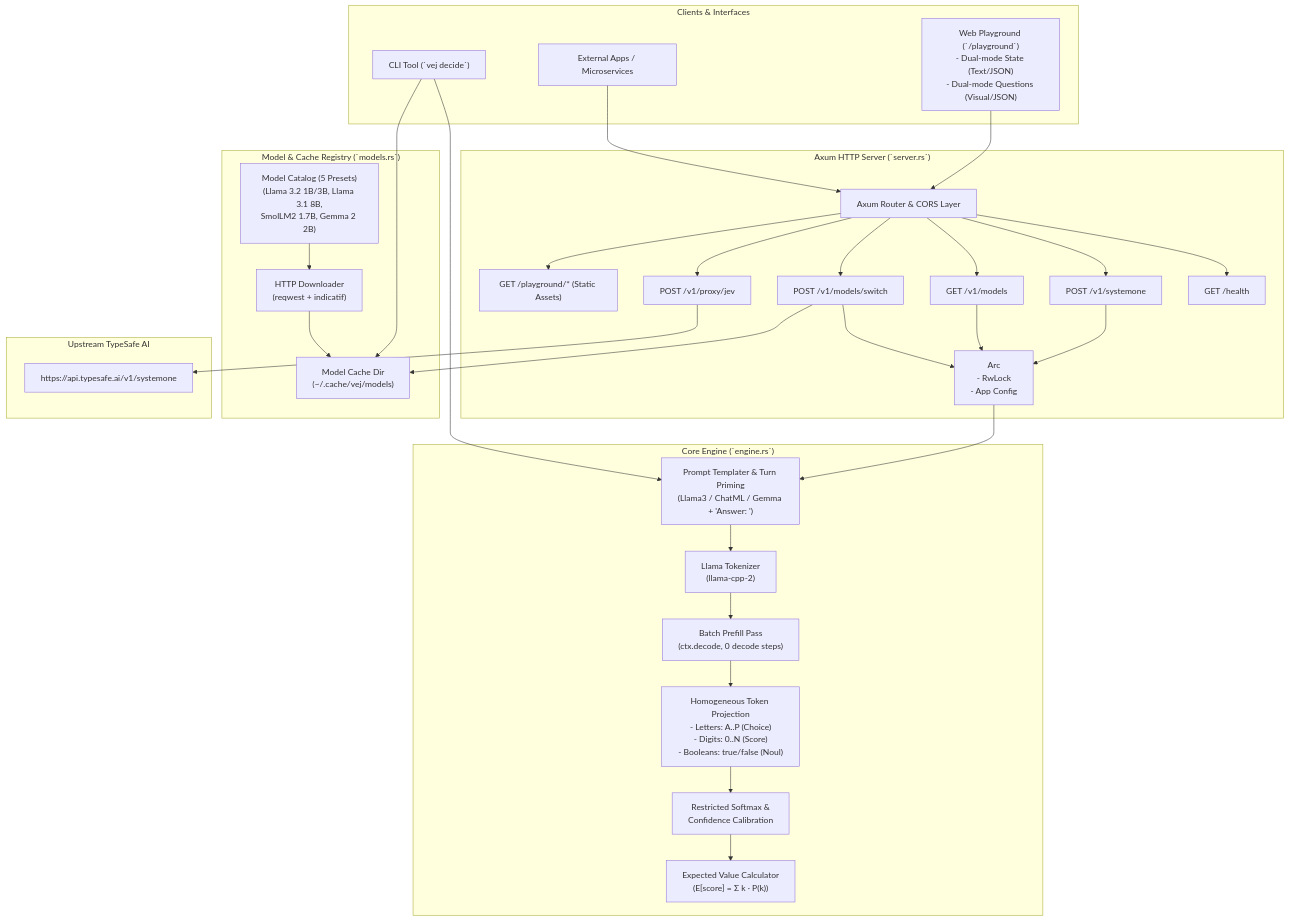
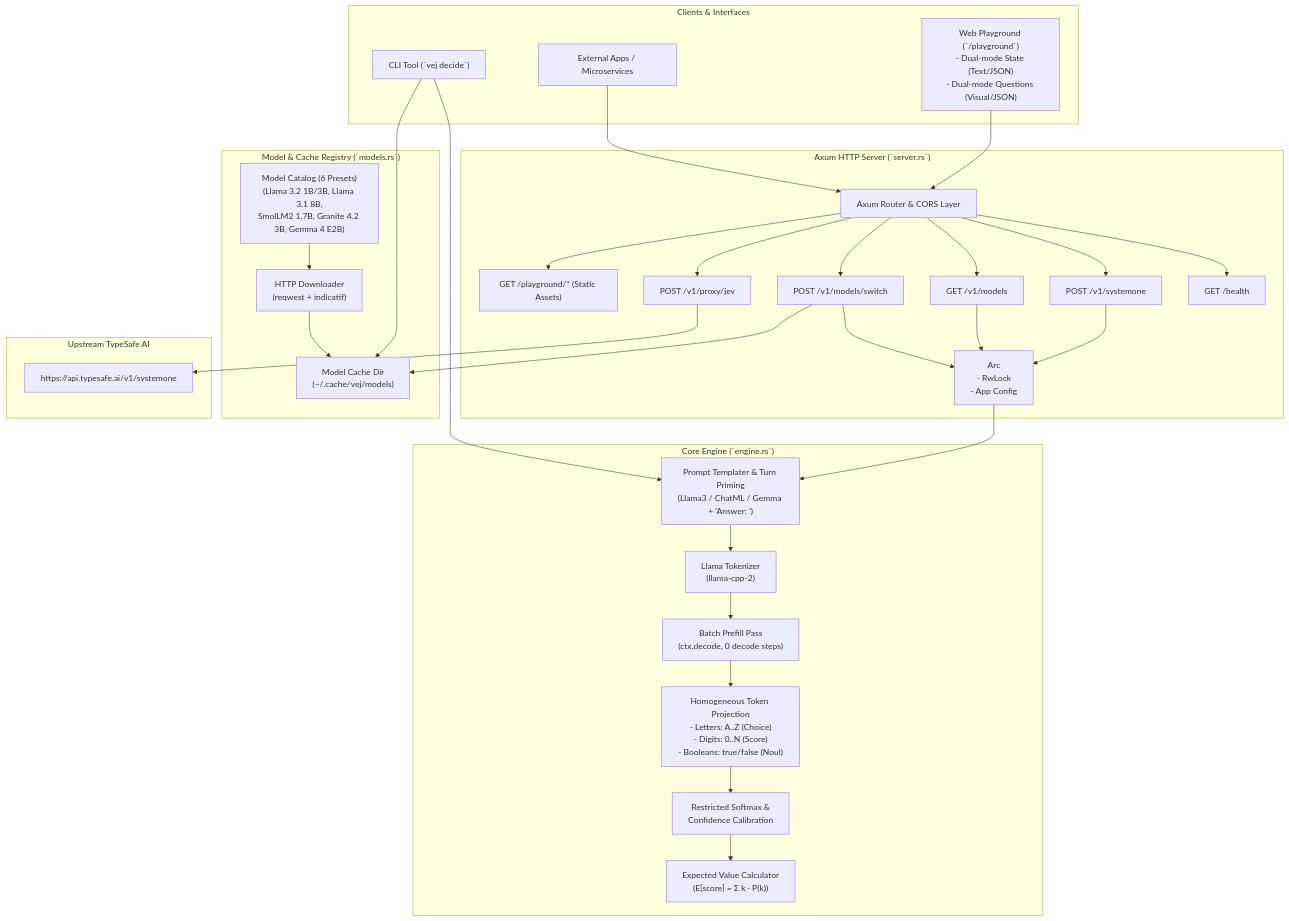
Before and after one commit to moscait/vej: the first of 8 diagrams in LOGIC.md, drawn with Mermaid. The commit also changed other lines of this file and 1 other file, not shown here.

Commit message:
docs: explain how a decision is made and stop calling probabilities calibrated
Add a "How a Decision Is Made" section to the README covering prompt
labelling, the single prefill pass, restricted softmax over label tokens,
what the probabilities do and don't mean, and good fits and limits. Link
LOGIC.md from it.

Replace "calibrated" wording with "normalized" in the README and LOGIC.md,
phrase claims about hosted Jev as observations, rerun the flat-choices
example on the current build (the old sample showed a misrouted answer),
and fix stale details (A..Z letters, 6-model catalog, latency note).

````diff
--- a/LOGIC.md
+++ b/LOGIC.md
@@ -16,63 +16,63 @@
 ```mermaid
 graph TD
     subgraph Clients["Clients & Interfaces"]
         CLI["CLI Tool (`vej decide`)"]
         HTTP_Client["External Apps / Microservices"]
         Playground["Web Playground (`/playground`)\n- Dual-mode State (Text/JSON)\n- Dual-mode Questions (Visual/JSON)"]
     end
 
     subgraph ServerLayer["Axum HTTP Server (`server.rs`)"]
         Router["Axum Router & CORS Layer"]
         HealthH["GET /health"]
         DecideH["POST /v1/systemone"]
         ModelsH["GET /v1/models"]
         SwitchH["POST /v1/models/switch"]
         ProxyH["POST /v1/proxy/jev"]
         StaticH["GET /playground/* (Static Assets)"]
         State["Arc<ServerState>\n- RwLock<DecisionEngine>\n- App Config"]
     end
 
     subgraph EngineLayer["Core Engine (`engine.rs`)"]
         FormatPrompt["Prompt Templater & Turn Priming\n(Llama3 / ChatML / Gemma + 'Answer: ')"]
         Tokenizer["Llama Tokenizer\n(llama-cpp-2)"]
         PrefillBatch["Batch Prefill Pass\n(ctx.decode, 0 decode steps)"]
-        LogitFilter["Homogeneous Token Projection\n- Letters: A..P (Choice)\n- Digits: 0..N (Score)\n- Booleans: true/false (Noul)"]
+        LogitFilter["Homogeneous Token Projection\n- Letters: A..Z (Choice)\n- Digits: 0..N (Score)\n- Booleans: true/false (Noul)"]
         Softmax["Restricted Softmax &\nConfidence Calibration"]
         Scorer["Expected Value Calculator\n(E[score] = Σ k · P(k))"]
     end
 
     subgraph StorageLayer["Model & Cache Registry (`models.rs`)"]
         CacheDir["Model Cache Dir\n(~/.cache/vej/models)"]
-        ModelCatalog["Model Catalog (5 Presets)\n(Llama 3.2 1B/3B, Llama 3.1 8B,\nSmolLM2 1.7B, Gemma 2 2B)"]
+        ModelCatalog["Model Catalog (6 Presets)\n(Llama 3.2 1B/3B, Llama 3.1 8B,\nSmolLM2 1.7B, Granite 4.2 3B, Gemma 4 E2B)"]
         Downloader["HTTP Downloader\n(reqwest + indicatif)"]
     end
 
     subgraph Upstream["Upstream TypeSafe AI"]
         JevCloud["https://api.typesafe.ai/v1/systemone"]
     end
 
     CLI --> FormatPrompt
     HTTP_Client --> Router
     Playground --> Router
 
     Router --> HealthH
     Router --> DecideH
     Router --> ModelsH
     Router --> SwitchH
     Router --> ProxyH
     Router --> StaticH
 
     DecideH --> State
     SwitchH --> State
     ModelsH --> State
 
     State --> FormatPrompt
     FormatPrompt --> Tokenizer --> PrefillBatch --> LogitFilter --> Softmax --> Scorer
 
     SwitchH --> CacheDir
     CLI --> CacheDir
     Downloader --> CacheDir
     ModelCatalog --> Downloader
 
     ProxyH --> JevCloud
 ```
````
